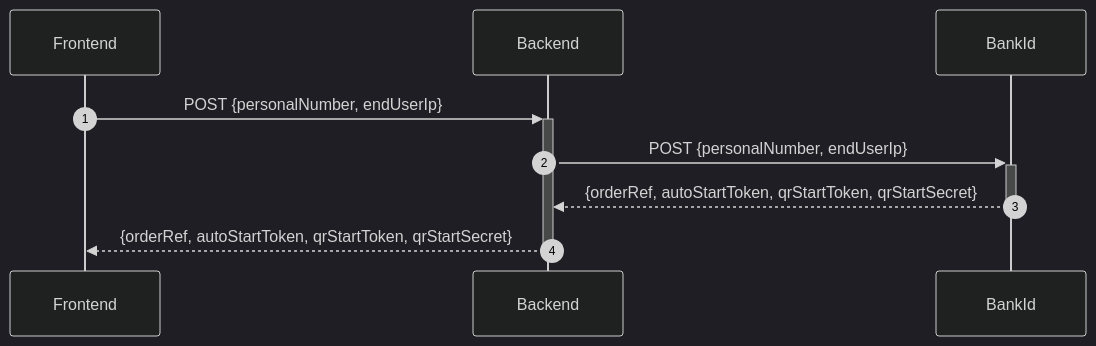
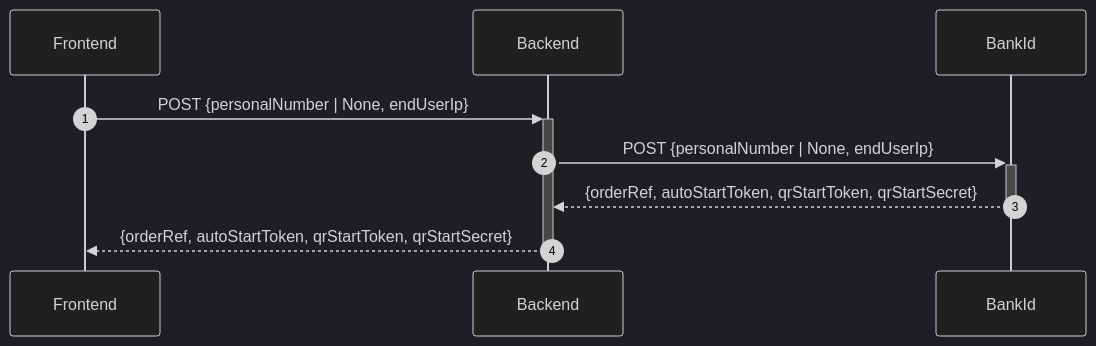
Before and after one commit to helsingborg-stad/bankid-api-proxy: the first of 4 diagrams in README.md, drawn with Mermaid (dark theme). The commit also changed other lines of this file and 1 other file, not shown here.

Commit message:
✨feat: make personalNumber optional

````diff
--- a/README.md
+++ b/README.md
@@ -21,12 +21,12 @@
 ```mermaid
 sequenceDiagram
     autonumber
     participant Frontend
     participant Backend
     participant BankId
 
-    Frontend->>+Backend: POST {personalNumber, endUserIp}
-    Backend->>+BankId: POST {personalNumber, endUserIp}
+    Frontend->>+Backend: POST {personalNumber | None, endUserIp}
+    Backend->>+BankId: POST {personalNumber | None, endUserIp}
     BankId-->>-Backend: {orderRef, autoStartToken, qrStartToken, qrStartSecret}
     Backend-->>-Frontend: {orderRef, autoStartToken, qrStartToken, qrStartSecret}
 ```
````
